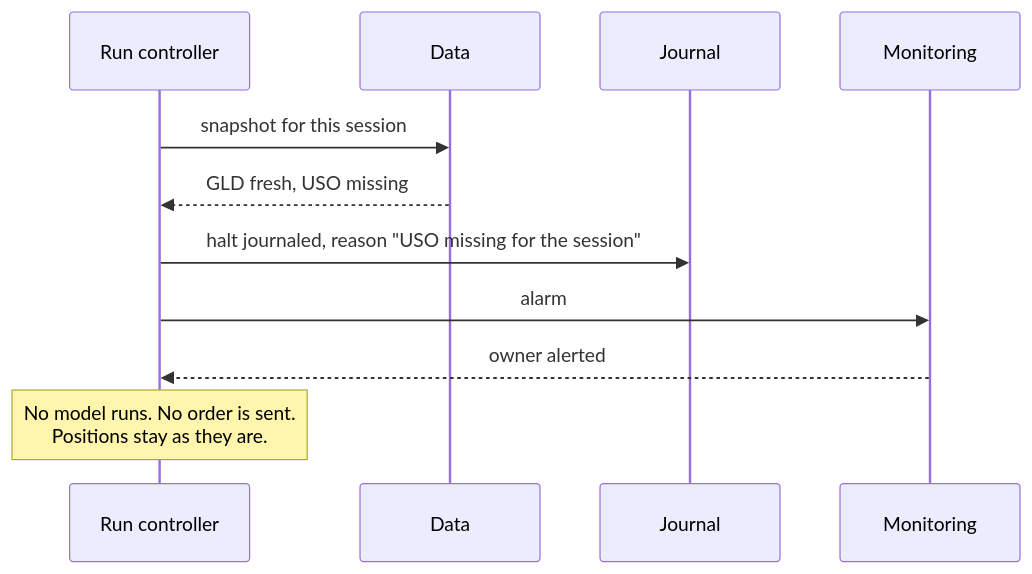
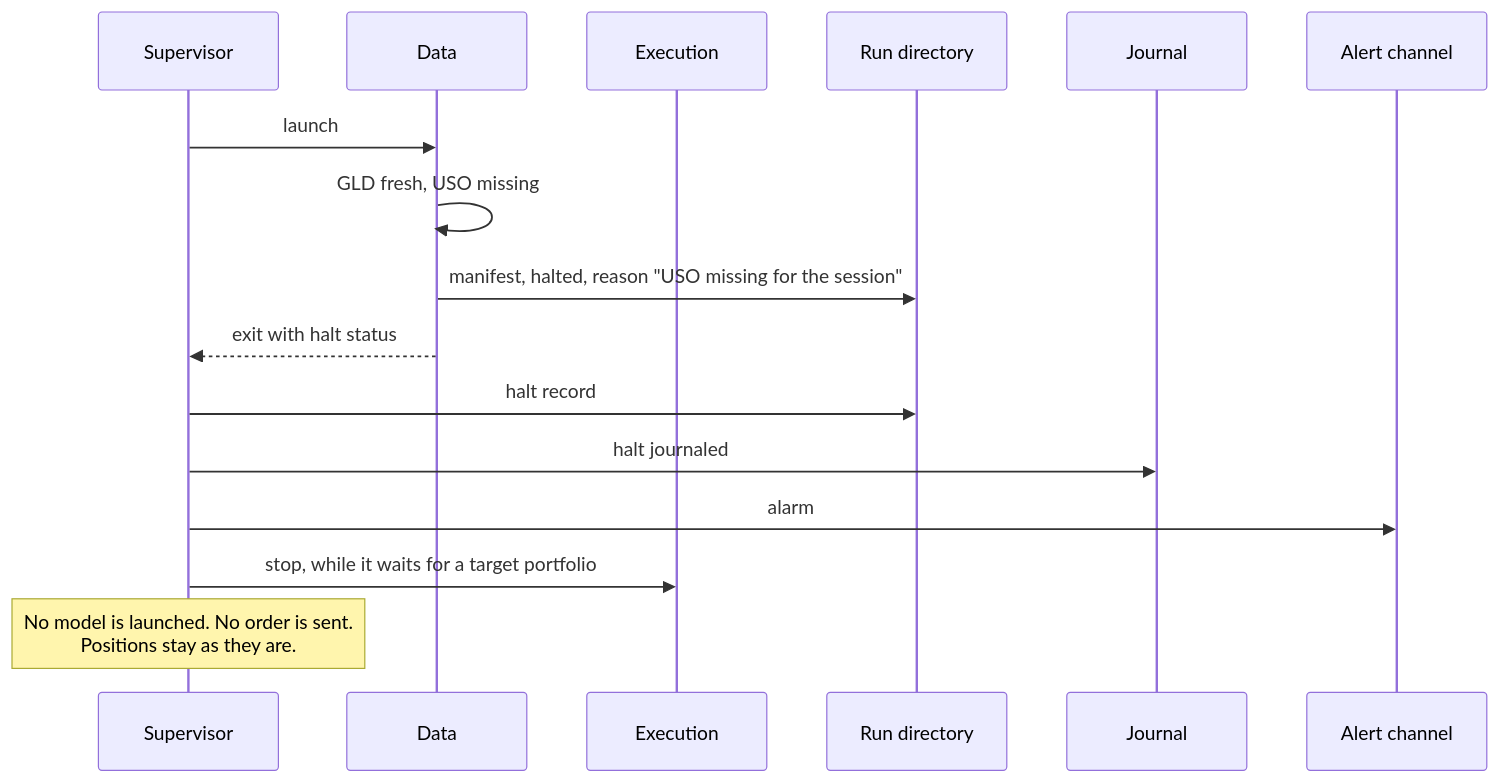
The fifth of 16 diagrams in docs/architecture.md (l3a0/ithildin-runtime), drawn with Mermaid before and after one commit. The commit also changed other lines of this file and 2 other files, not shown here.

First line of the commit message:
docs(architecture): run each module as its own worker, passing files

````diff
--- a/docs/architecture.md
+++ b/docs/architecture.md
@@ -482,14 +542,19 @@
 ```mermaid
 sequenceDiagram
-    participant R as Run controller
+    participant V as Supervisor
     participant D as Data
+    participant X as Execution
+    participant F as Run directory
     participant J as Journal
-    participant M as Monitoring
+    participant L as Alert channel
 
-    R->>D: snapshot for this session
-    D-->>R: GLD fresh, USO missing
-    R->>J: halt journaled, reason "USO missing for the session"
-    R->>M: alarm
-    M-->>R: owner alerted
-    Note over R: No model runs. No order is sent.<br/>Positions stay as they are.
+    V->>D: launch
+    D->>D: GLD fresh, USO missing
+    D->>F: manifest, halted, reason "USO missing for the session"
+    D-->>V: exit with halt status
+    V->>F: halt record
+    V->>J: halt journaled
+    V->>L: alarm
+    V->>X: stop, while it waits for a target portfolio
+    Note over V: No model is launched. No order is sent.<br/>Positions stay as they are.
 ```
````
